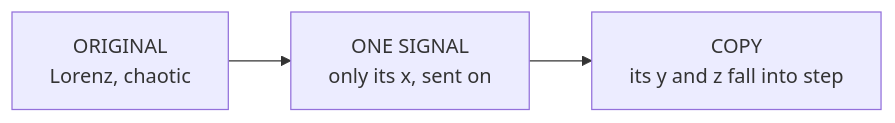
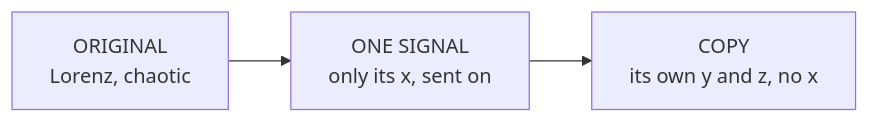
One commit to konradcinkusz/chaos-theory-for-dummies changed the diagram in figures/mermaid/en/ch17-drive.mmd. Above: the diagram before and after it, drawn with Mermaid. The commit also changed 1 other file, not shown here.

```diff
--- a/figures/mermaid/en/ch17-drive.mmd
+++ b/figures/mermaid/en/ch17-drive.mmd
@@ -1,3 +1,3 @@
 flowchart LR
   O["ORIGINAL<br/>Lorenz, chaotic"] --> S["ONE SIGNAL<br/>only its x, sent on"]
-  S --> C["COPY<br/>its y and z fall into step"]
+  S --> C["COPY<br/>its own y and z, no x"]
```
